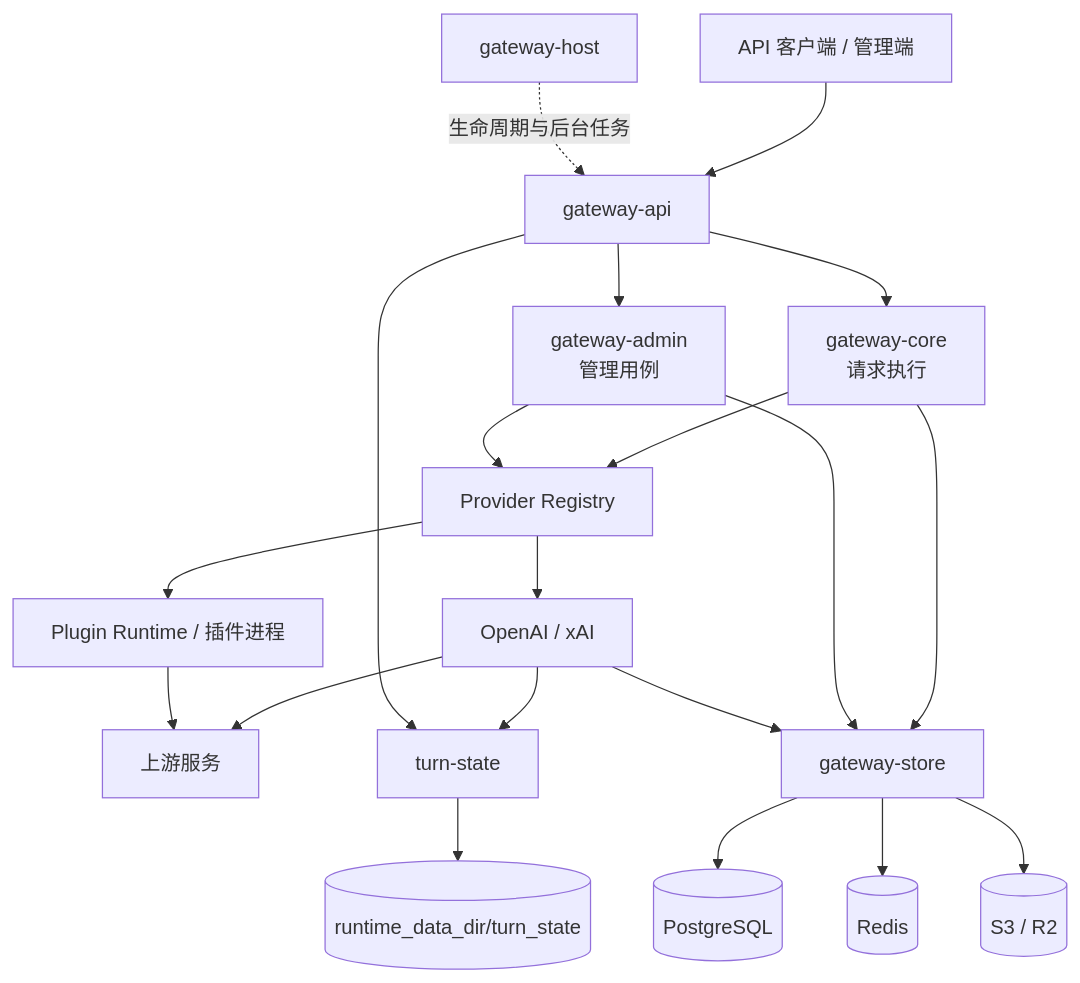
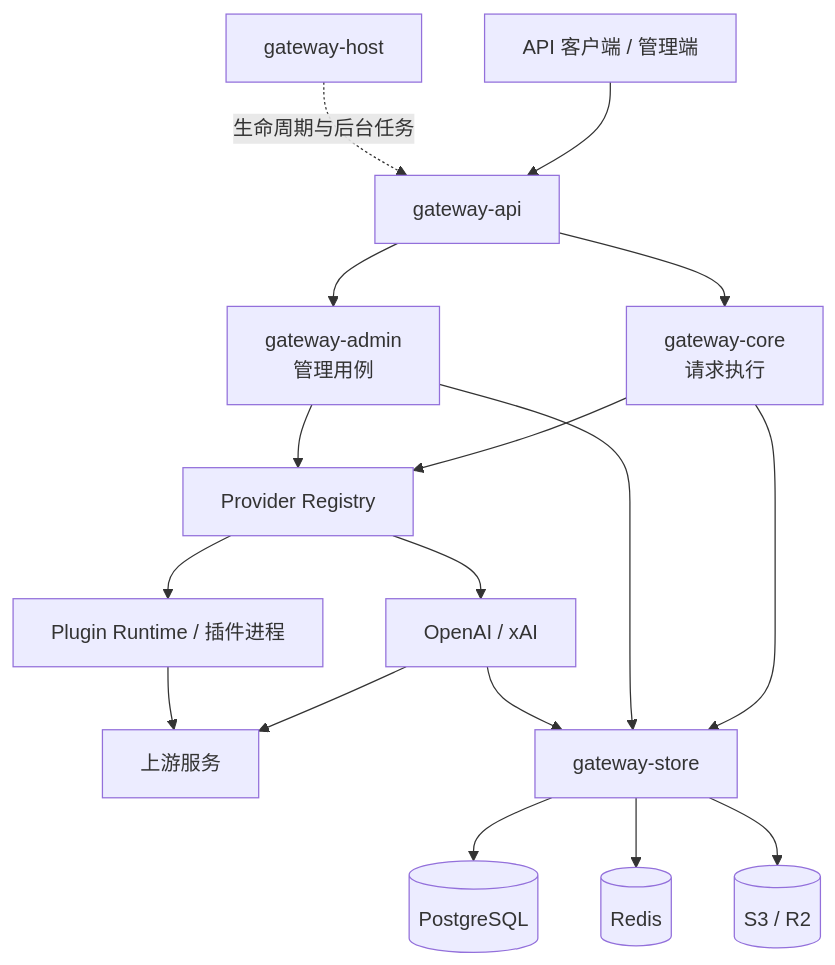
One commit to wuxiran/codex-proxy-rs changed the first of 3 diagrams in docs/architecture.md. Above: the diagram before and after it, drawn with Mermaid. The commit also changed other lines of this file and 11 other files, not shown here.

````diff
--- a/docs/architecture.md
+++ b/docs/architecture.md
@@ -30,22 +30,19 @@
 ```mermaid
 flowchart TB
   Client[API 客户端 / 管理端] --> API[gateway-api]
   Host[gateway-host] -. 生命周期与后台任务 .-> API
   API --> Core[gateway-core<br/>请求执行]
   API --> Admin[gateway-admin<br/>管理用例]
   Core --> Registry[Provider Registry]
   Admin --> Registry
   Registry --> Builtin[OpenAI / xAI]
   Registry --> Plugins[Plugin Runtime / 插件进程]
   Builtin --> Upstream[上游服务]
   Plugins --> Upstream
-  Builtin --> TurnState[turn-state]
-  API --> TurnState
-  TurnState --> StateFiles[(runtime_data_dir/turn_state)]
   Core --> Store[gateway-store]
   Admin --> Store
   Builtin --> Store
   Store --> PG[(PostgreSQL)]
   Store --> Redis[(Redis)]
   Store --> Object[(S3 / R2)]
 ```
````
